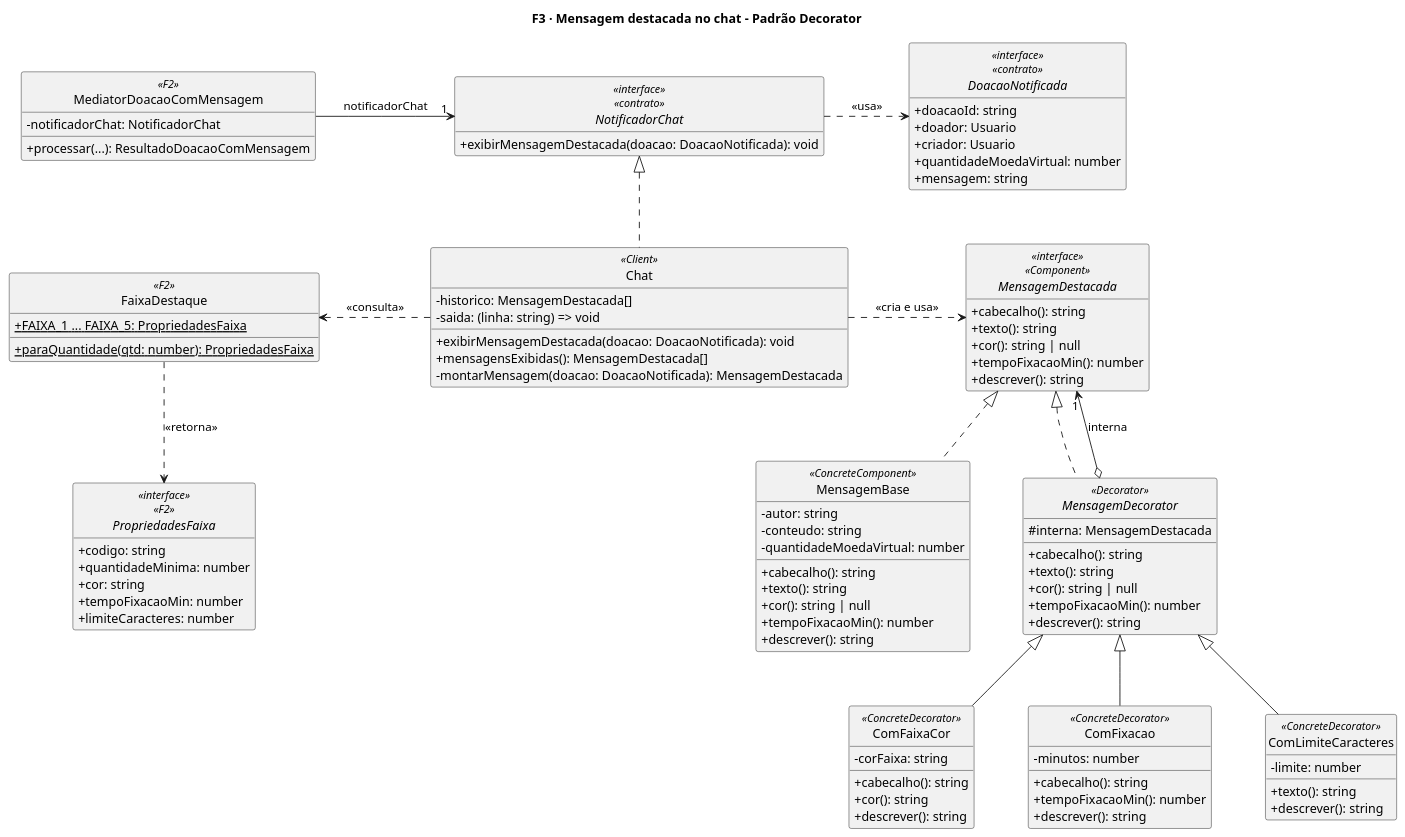
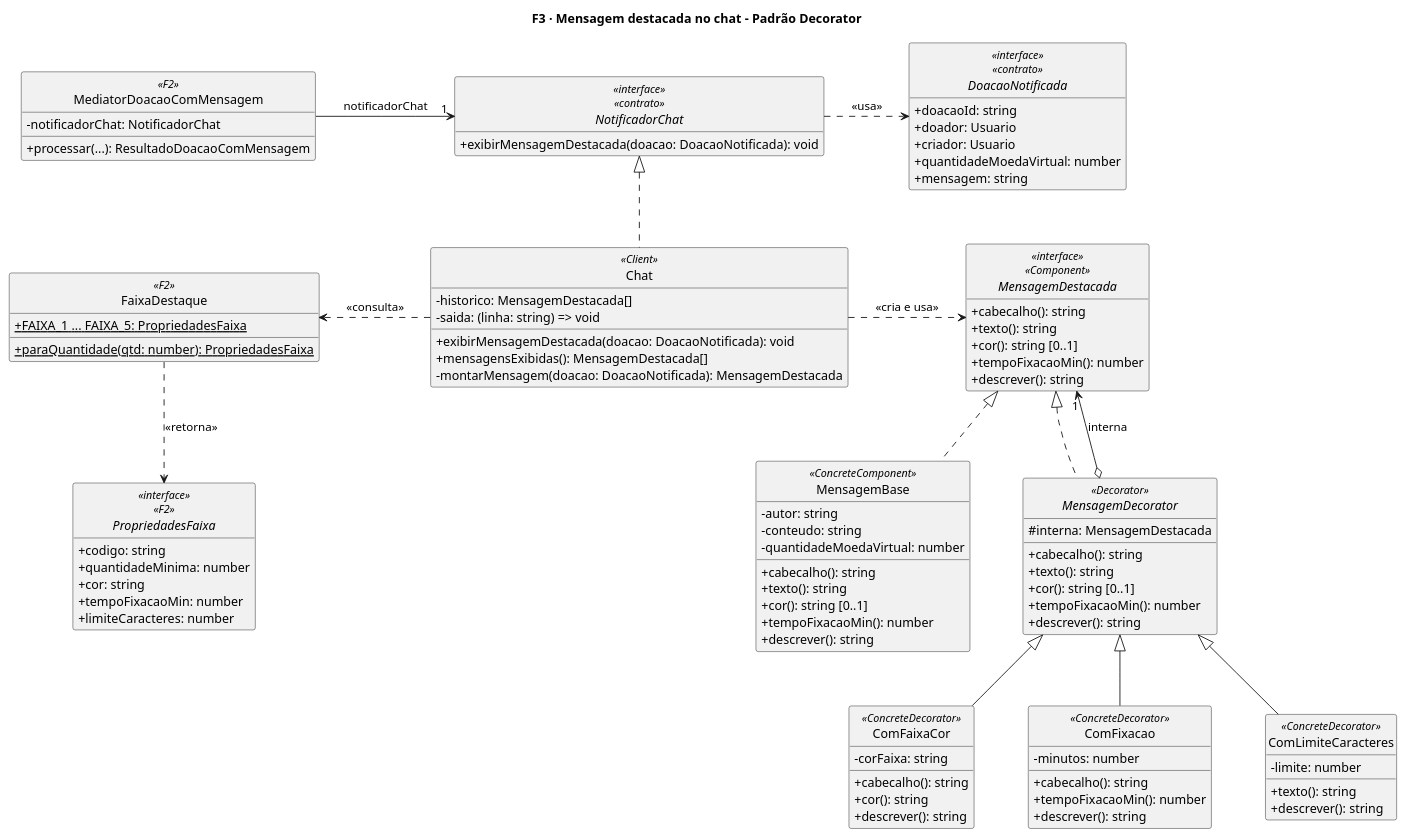
One commit to UnBArqDsw2026-2-Turma01/2026.2-T01-_G6_ProjetoStreamingVideo_SubEquipe02_Codigo changed the diagram in docs/f3-visao-geral.puml. Above: the diagram before and after it, drawn with PlantUML. The commit also changed 1 other file, not shown here.

Commit message:
Atualiza o diagrama da visão geral da F3
cor() passa a usar a multiplicidade UML string [0..1] no lugar de string | null, e o SVG renderizado do diagrama é adicionado.

```diff
--- a/docs/f3-visao-geral.puml
+++ b/docs/f3-visao-geral.puml
@@ -1,122 +1,122 @@
 @startuml f3-visao-geral
 ' F3 · Mensagem destacada no chat (Entrega 3, SubEquipe_02)
 ' Padrão estrutural: Decorator. Alinhado ao contrato src/contratos/NotificadorChat.ts
 ' e à FaixaDestaque da F2 (src/f2-doacao/FaixaDestaque.ts).
 title F3 · Mensagem destacada no chat - Padrão Decorator
 
 hide empty members
 skinparam classAttributeIconSize 0
 skinparam monochrome true
 skinparam shadowing false
 skinparam style strictuml
 hide circle
 skinparam nodesep 60
 skinparam ranksep 60
 
 ' ---------- Integração com a F2 ----------
 class MediatorDoacaoComMensagem <<F2>> {
   -notificadorChat: NotificadorChat
   +processar(...): ResultadoDoacaoComMensagem
 }
 
 interface NotificadorChat <<interface>> <<contrato>> {
   +exibirMensagemDestacada(doacao: DoacaoNotificada): void
 }
 
 interface DoacaoNotificada <<interface>> <<contrato>> {
   +doacaoId: string
   +doador: Usuario
   +criador: Usuario
   +quantidadeMoedaVirtual: number
   +mensagem: string
 }
 
 class FaixaDestaque <<F2>> {
   +{static} FAIXA_1 ... FAIXA_5: PropriedadesFaixa
   +{static} paraQuantidade(qtd: number): PropriedadesFaixa
 }
 
 interface PropriedadesFaixa <<interface>> <<F2>> {
   +codigo: string
   +quantidadeMinima: number
   +cor: string
   +tempoFixacaoMin: number
   +limiteCaracteres: number
 }
 
 ' ---------- F3: Decorator ----------
 class Chat <<Client>> {
   -historico: MensagemDestacada[]
   {field} -saida: (linha: string) => void
   +exibirMensagemDestacada(doacao: DoacaoNotificada): void
   +mensagensExibidas(): MensagemDestacada[]
   -montarMensagem(doacao: DoacaoNotificada): MensagemDestacada
 }
 
 interface MensagemDestacada <<interface>> <<Component>> {
   +cabecalho(): string
   +texto(): string
-  +cor(): string | null
+  +cor(): string [0..1]
   +tempoFixacaoMin(): number
   +descrever(): string
 }
 
 class MensagemBase <<ConcreteComponent>> {
   -autor: string
   -conteudo: string
   -quantidadeMoedaVirtual: number
   +cabecalho(): string
   +texto(): string
-  +cor(): string | null
+  +cor(): string [0..1]
   +tempoFixacaoMin(): number
   +descrever(): string
 }
 
 abstract class MensagemDecorator <<Decorator>> {
   #interna: MensagemDestacada
   +cabecalho(): string
   +texto(): string
-  +cor(): string | null
+  +cor(): string [0..1]
   +tempoFixacaoMin(): number
   +descrever(): string
 }
 
 class ComFaixaCor <<ConcreteDecorator>> {
   -corFaixa: string
   +cabecalho(): string
   +cor(): string
   +descrever(): string
 }
 
 class ComFixacao <<ConcreteDecorator>> {
   -minutos: number
   +cabecalho(): string
   +tempoFixacaoMin(): number
   +descrever(): string
 }
 
 class ComLimiteCaracteres <<ConcreteDecorator>> {
   -limite: number
   +texto(): string
   +descrever(): string
 }
 
 ' ---------- Relações ----------
 MediatorDoacaoComMensagem -right-> "1" NotificadorChat : notificadorChat
 NotificadorChat .right.> DoacaoNotificada : <<usa>>
 NotificadorChat <|.. Chat
 
 Chat .left.> FaixaDestaque : <<consulta>>
 FaixaDestaque ..> PropriedadesFaixa : <<retorna>>
 Chat .right.> MensagemDestacada : <<cria e usa>>
 
 MensagemDestacada <|.. MensagemBase
 MensagemDestacada <|.. MensagemDecorator : " "
 MensagemDestacada "1" <--o MensagemDecorator : interna
 
 MensagemDecorator <|-- ComLimiteCaracteres
 MensagemDecorator <|-- ComFaixaCor
 MensagemDecorator <|-- ComFixacao
 
 
 @enduml
```
